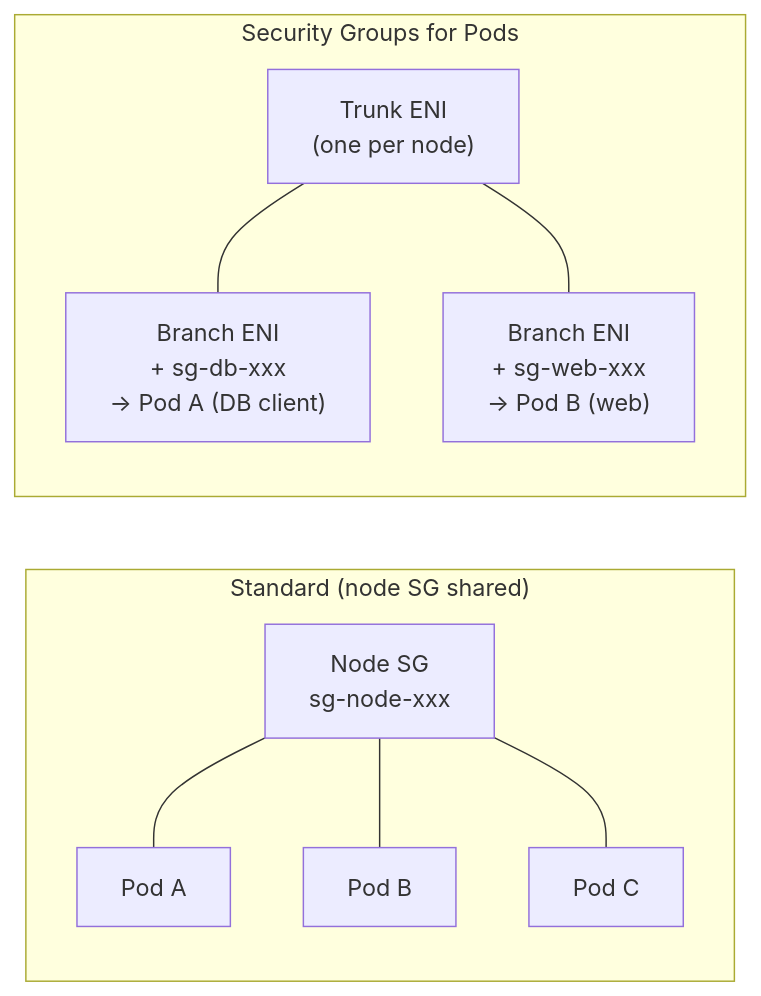
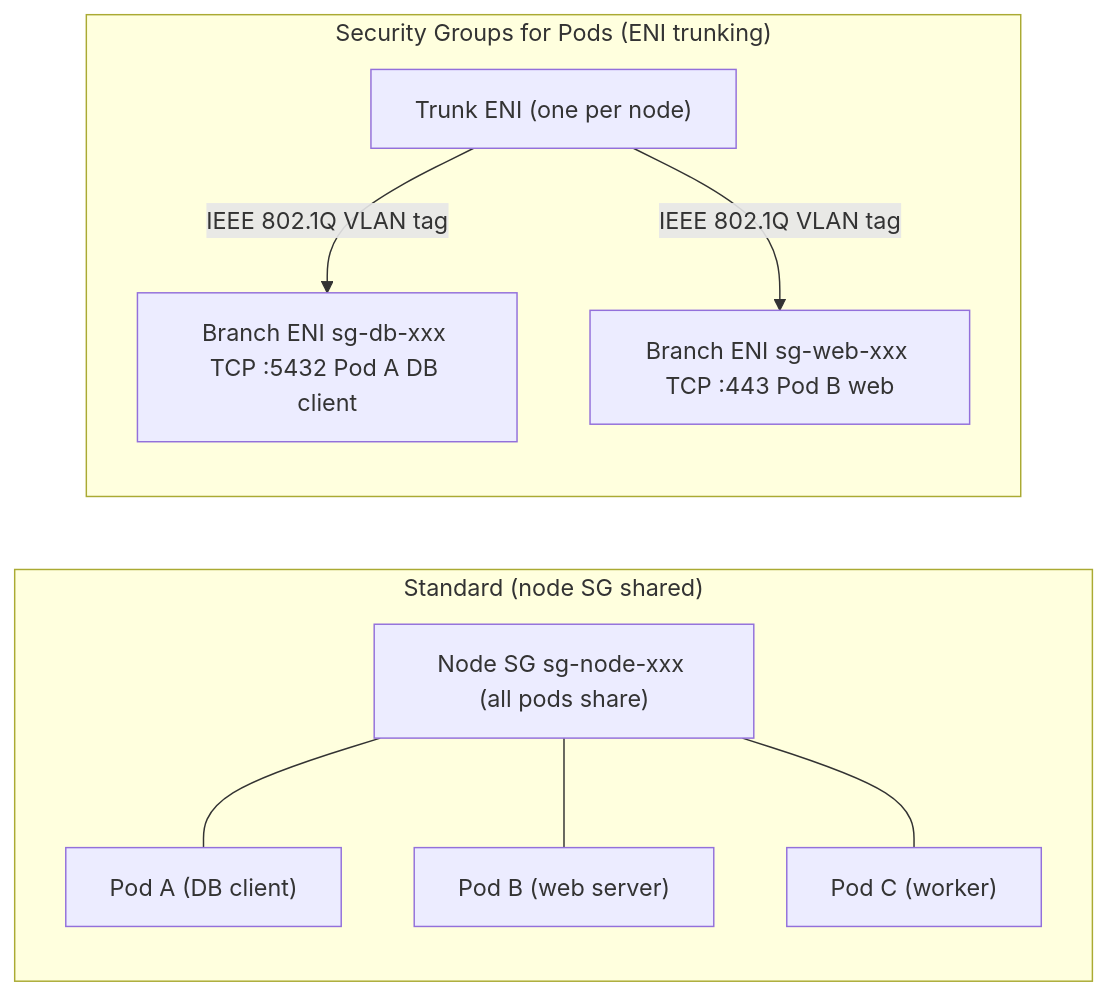
The third of 3 diagrams in lessons/29-aws-eks-networking.md (MykolaLebid/Kubernetes_networking_engineering), drawn with Mermaid before and after one commit. The commit also changed other lines of this file and 35 other files, not shown here.

First line of the commit message:
Restructure all 34 lessons: Theory/Practice split, richer diagrams, industry examples, navigation

````diff
--- a/lessons/29-aws-eks-networking.md
+++ b/lessons/29-aws-eks-networking.md
@@ -207,19 +168,19 @@
 ```mermaid
 flowchart LR
     subgraph Standard["Standard (node SG shared)"]
-        N1["Node SG\nsg-node-xxx"]
-        P1["Pod A"]
-        P2["Pod B"]
-        P3["Pod C"]
+        N1["Node SG sg-node-xxx (all pods share)"]
+        P1["Pod A (DB client)"]
+        P2["Pod B (web server)"]
+        P3["Pod C (worker)"]
         N1 --- P1
         N1 --- P2
         N1 --- P3
     end
-    subgraph SGPods["Security Groups for Pods"]
-        TRUNK["Trunk ENI\n(one per node)"]
-        BRANCH1["Branch ENI\n+ sg-db-xxx\n→ Pod A (DB client)"]
-        BRANCH2["Branch ENI\n+ sg-web-xxx\n→ Pod B (web)"]
-        TRUNK --- BRANCH1
-        TRUNK --- BRANCH2
+    subgraph SGPods["Security Groups for Pods (ENI trunking)"]
+        TRUNK["Trunk ENI (one per node)"]
+        BRANCH1["Branch ENI sg-db-xxx TCP :5432 Pod A DB client"]
+        BRANCH2["Branch ENI sg-web-xxx TCP :443 Pod B web"]
+        TRUNK --"IEEE 802.1Q VLAN tag"--> BRANCH1
+        TRUNK --"IEEE 802.1Q VLAN tag"--> BRANCH2
     end
 ```
````
